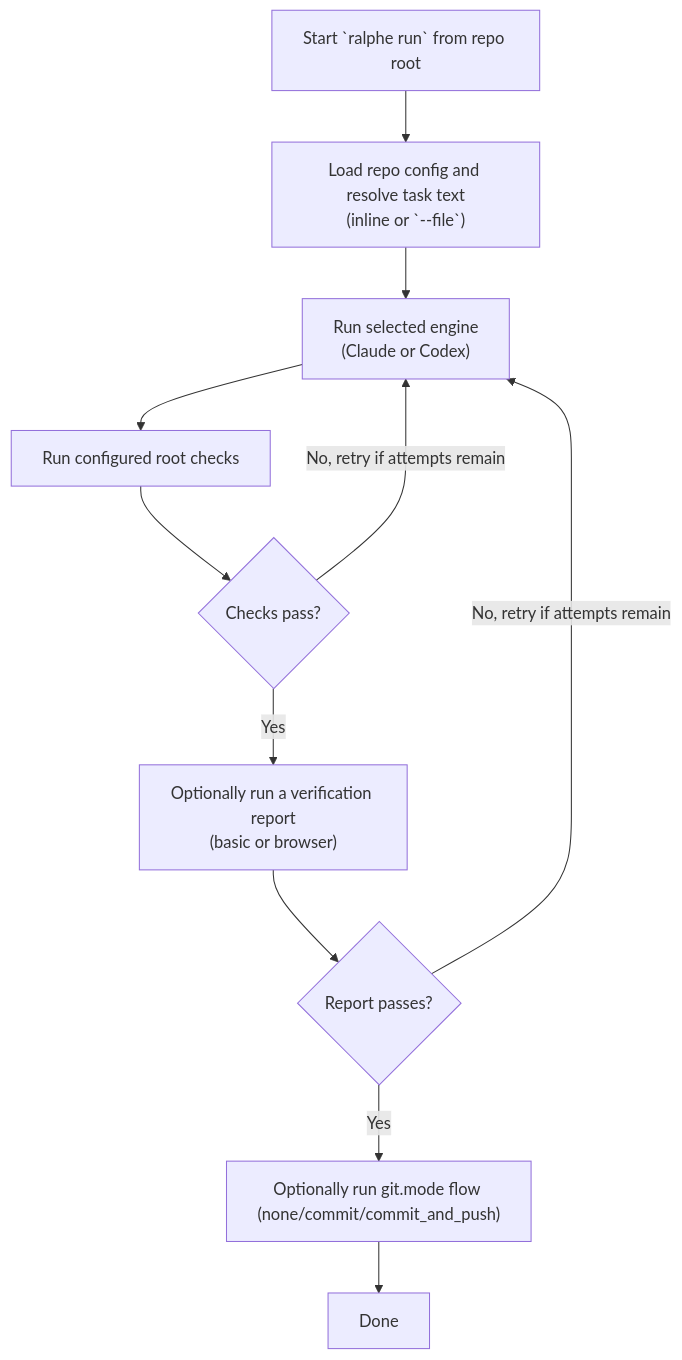
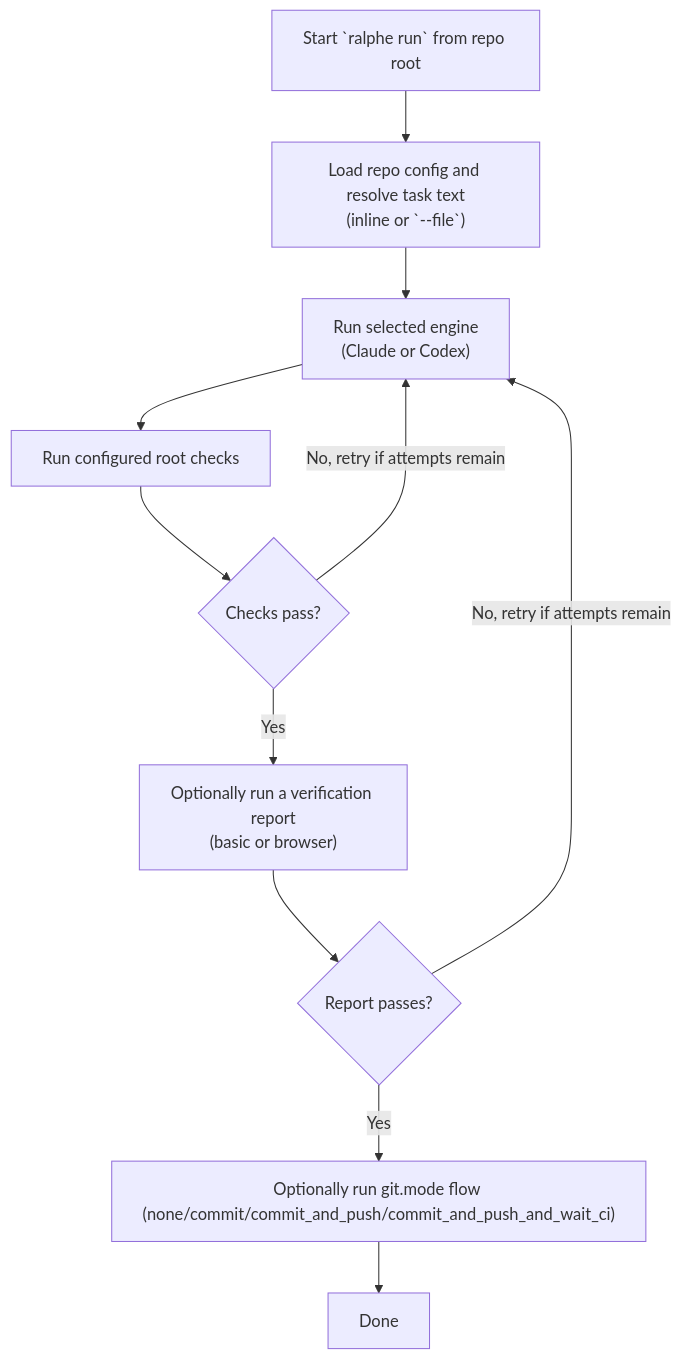
The diagram in apps/ralphe/README.md (KongFastCloud/kfc-ts), drawn with Mermaid before and after one commit. The commit also changed other lines of this file and 8 other files, not shown here.

Commit message:
feat(ralphe): add commit_and_push_and_wait_ci mode

````diff
--- a/apps/ralphe/README.md
+++ b/apps/ralphe/README.md
@@ -122,13 +122,13 @@
 ```mermaid
 flowchart TD
     A["Start `ralphe run` from repo root"] --> B["Load repo config and resolve task text<br/>(inline or `--file`)"]
     B --> C["Run selected engine<br/>(Claude or Codex)"]
     C --> D["Run configured root checks"]
     D --> E{"Checks pass?"}
     E -- "No, retry if attempts remain" --> C
     E -- "Yes" --> F["Optionally run a verification report<br/>(basic or browser)"]
     F --> G{"Report passes?"}
     G -- "No, retry if attempts remain" --> C
-    G -- "Yes" --> H["Optionally run git.mode flow (none/commit/commit_and_push)"]
+    G -- "Yes" --> H["Optionally run git.mode flow (none/commit/commit_and_push/commit_and_push_and_wait_ci)"]
     H --> I["Done"]
 ```
````
